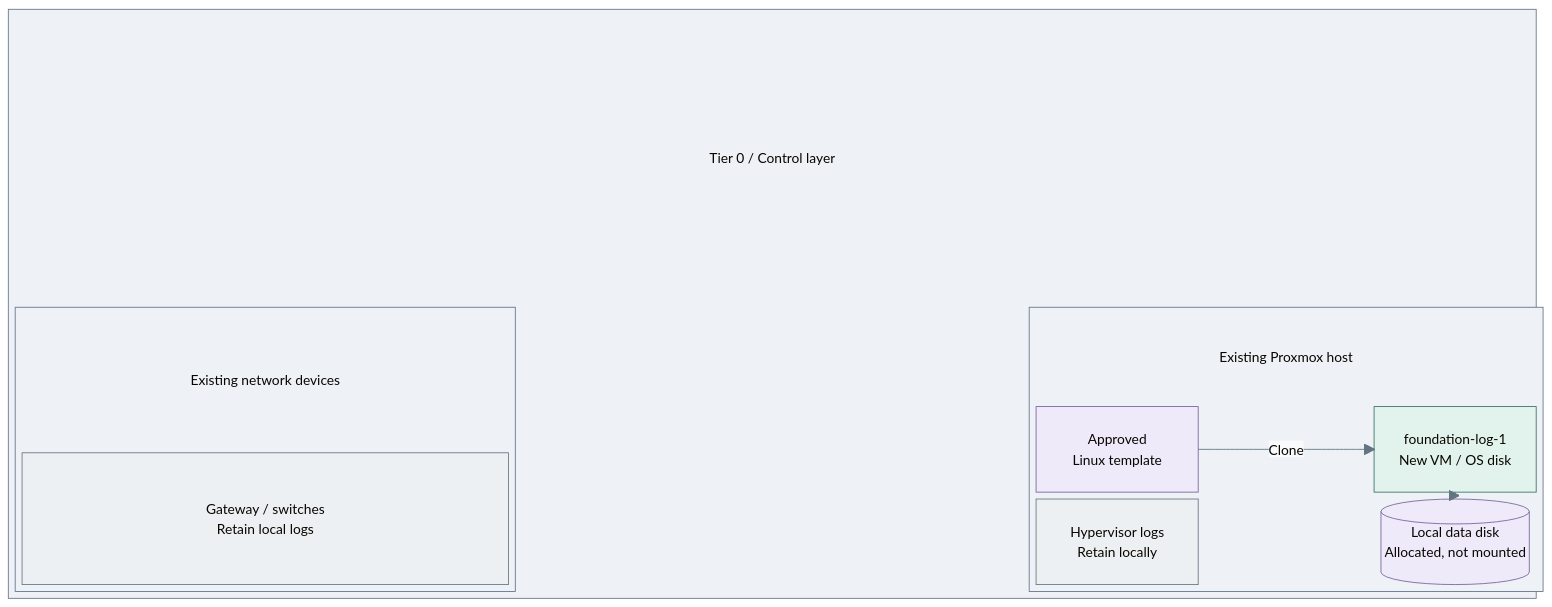
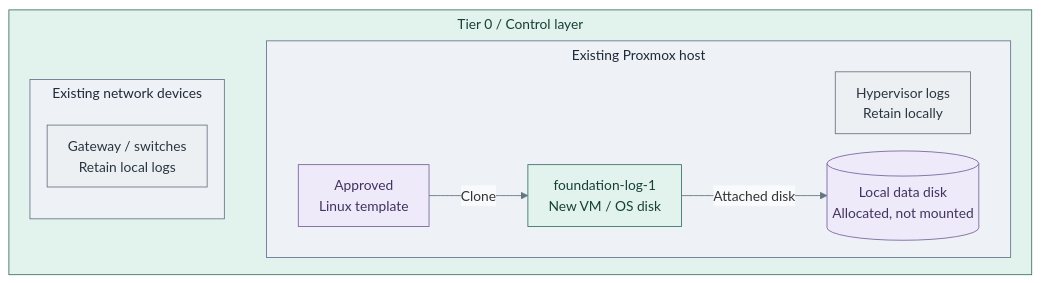
One commit to Rexus/homelab changed the first of 3 diagrams in docs/deployment/stage-1-logging/README.md. Above: the diagram before and after it, drawn with Mermaid. The commit also changed other lines of this file and 4 other files, not shown here.

Commit message:
fix(diagrams): compact logging deployment views

````diff
--- a/docs/deployment/stage-1-logging/README.md
+++ b/docs/deployment/stage-1-logging/README.md
@@ -31,38 +31,29 @@
 ```mermaid
-%%{init: {"theme":"base","themeVariables":{"lineColor":"#627581","edgeLabelBackground":"#f8fafc"}}}%%
-block-beta
-  columns 1
-  block:T0
-    columns 3
-    T0Title["Tier 0 / Control layer"]:3
-    block:Infrastructure
-      columns 1
-      InfraTitle["Existing network devices"]
+%%{init: {"theme":"base","flowchart":{"nodeSpacing":20,"rankSpacing":24,"padding":12,"subGraphTitleMargin":{"top":4,"bottom":12}},"themeVariables":{"lineColor":"#627581","edgeLabelBackground":"#f8fafc"}}}%%
+flowchart LR
+  subgraph T0["Tier 0 / Control layer"]
+    direction LR
+    subgraph Infrastructure["Existing network devices"]
       Devices["Gateway / switches<br/>Retain local logs"]
     end
-    space
-    block:PVE
-      columns 3
-      HostTitle["Existing Proxmox host"]:3
+    subgraph PVE["Existing Proxmox host"]
+      direction LR
+      Host["Hypervisor logs<br/>Retain locally"]
       Template["Approved<br/>Linux template"]
-      space
       VM["foundation-log-1<br/>New VM / OS disk"]
-      Host["Hypervisor logs<br/>Retain locally"]
-      space
       Data[("Local data disk<br/>Allocated, not mounted")]
+      Template -->|Clone| VM
+      VM -->|Attached disk| Data
     end
+    Infrastructure ~~~ PVE
   end
-  Template -- "Clone" --> VM
-  VM --> Data
   classDef default fill:#f8fafc,stroke:#64748b,color:#1f2937
   classDef boundary fill:#eef2f6,stroke:#64748b,color:#1f2937
-  classDef heading fill:none,stroke:none,color:#1f2937
   classDef data fill:#eeeafa,stroke:#78639b,color:#42325d
   classDef control fill:#e2f3ed,stroke:#397366,color:#173f36
   classDef actor fill:#edf0f3,stroke:#697682,color:#293642
-  class T0,Infrastructure,PVE boundary
-  class T0Title,InfraTitle,HostTitle heading
+  class Infrastructure,PVE boundary
   class Template,Data data
-  class VM control
+  class T0,VM control
   class Devices,Host actor
 ```
````
